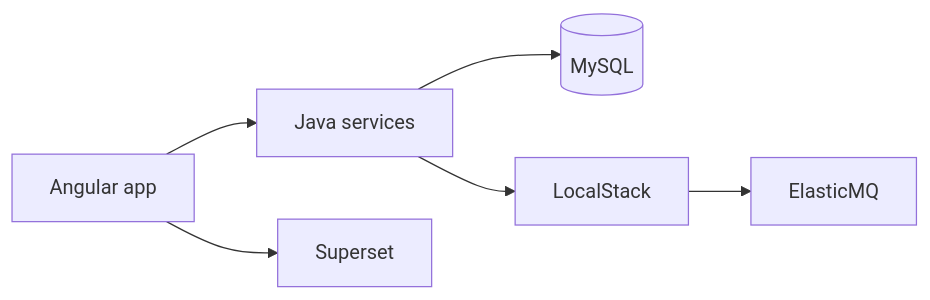
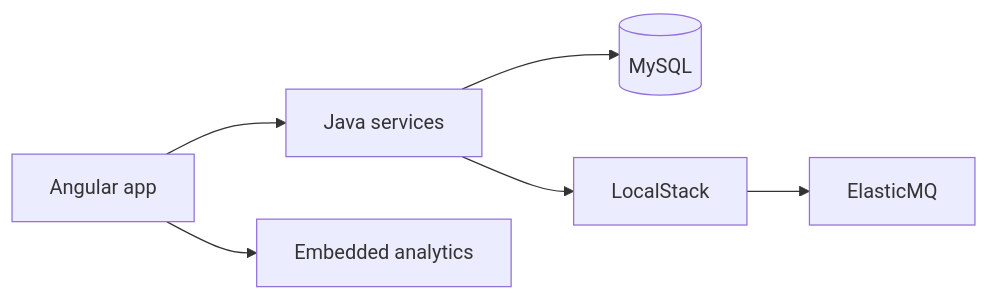
The diagram in src/content/docs/docs/local-development.md (fjbatresv/sar_landing), drawn with Mermaid before and after one commit. The commit also changed other lines of this file and 22 other files, not shown here.

Commit message:
✨ Expand SAR architecture landing

````diff
--- a/src/content/docs/docs/local-development.md
+++ b/src/content/docs/docs/local-development.md
@@ -10,8 +12,8 @@
 ```mermaid
 flowchart LR
-  Frontend[Angular app] --> Services[Java services]
-  Services --> MySQL[(MySQL)]
-  Services --> LocalStack[LocalStack]
-  LocalStack --> MQ[ElasticMQ]
-  Frontend --> BI[Superset]
+  Browser[Angular app] --> Java[Java services]
+  Java --> MySQL[(MySQL)]
+  Java --> LocalStack[LocalStack]
+  LocalStack --> Queue[ElasticMQ]
+  Browser --> Superset[Embedded analytics]
 ```
````
